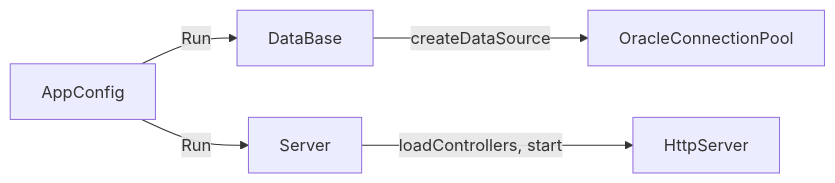
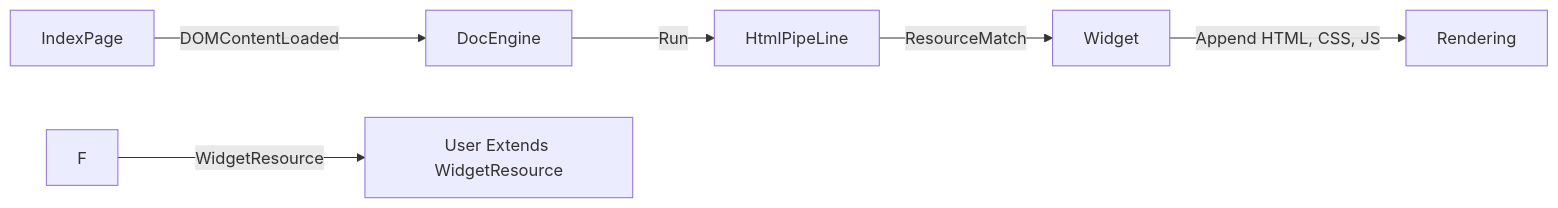
The first of 6 diagrams in README.md (gtypeid/slate-winter), drawn with Mermaid before and after one commit. The commit also changed other lines of this file, not shown here.

````diff
--- a/README.md
+++ b/README.md
@@ -139,7 +33,8 @@
 ```mermaid
 flowchart LR
-    A[AppConfig] -->|Run| B[DataBase]
-    A -->|Run| C[Server]
-    B --> |createDataSource| D[OracleConnectionPool]
-    C --> |loadControllers, start| F[HttpServer]
+    A[IndexPage] -->|DOMContentLoaded| B[DocEngine]
+    B --> |Run| C[HtmlPipeLine]
+    C --> |ResourceMatch| D[Widget]
+    D --> |Append HTML, CSS, JS| E[Rendering]
+    F -->|WidgetResource| G[User Extends WidgetResource]
 ```
````
